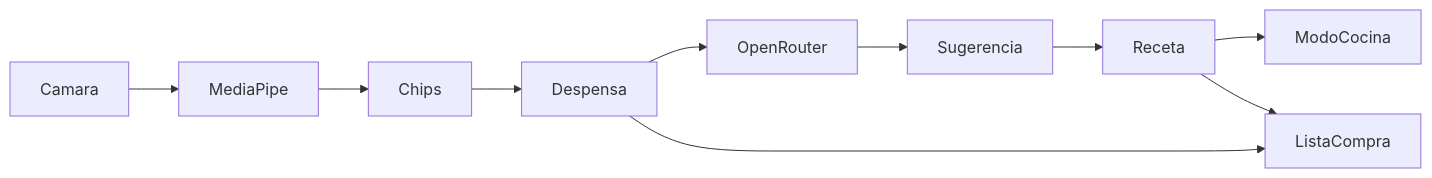
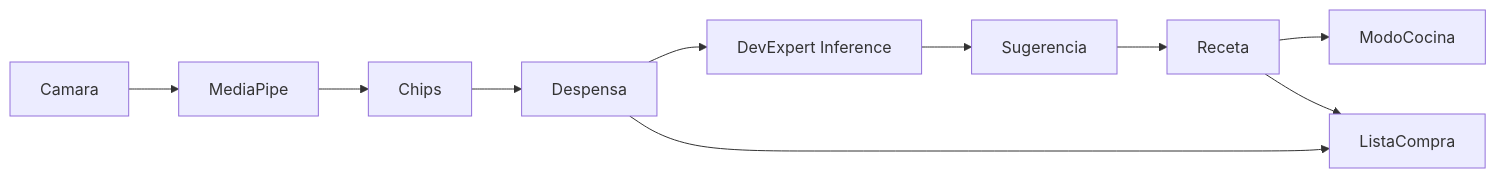
One commit to danibelmonte17/What-s-for-lunch- changed the diagram in docs/technical-discovery.md. Above: the diagram before and after it, drawn with Mermaid. The commit also changed other lines of this file and 8 other files, not shown here.

Commit message:
feat: use DevExpert Inference for image generation

````diff
--- a/docs/technical-discovery.md
+++ b/docs/technical-discovery.md
@@ -100,8 +100,8 @@
 ```mermaid
 flowchart LR
   Camara --> MediaPipe --> Chips --> Despensa
-  Despensa --> OpenRouter --> Sugerencia --> Receta
+  Despensa --> DevExpertInference["DevExpert Inference"] --> Sugerencia --> Receta
   Receta --> ModoCocina
   Receta --> ListaCompra
   Despensa --> ListaCompra
 ```
````
